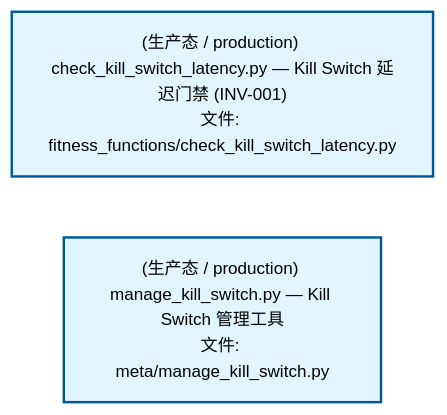
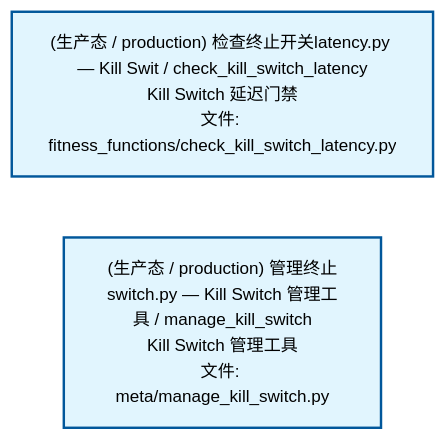
One commit to xuanFelixVan/ZephyrAlpha changed the second of 3 diagrams in docs/02_enterprise_architecture/02_domain_architecture_docs/34_d_autonomy_perm.md. Above: the diagram before and after it, drawn with Mermaid. The commit also changed other lines of this file and 60 other files, not shown here.

````diff
--- a/docs/02_enterprise_architecture/02_domain_architecture_docs/34_d_autonomy_perm.md
+++ b/docs/02_enterprise_architecture/02_domain_architecture_docs/34_d_autonomy_perm.md
@@ -75,12 +75,12 @@
 ```mermaid
 %%{init: {'theme': 'base', 'themeVariables': {'primaryColor': '#eaeaea', 'primaryTextColor': '#333333', 'primaryBorderColor': '#666666', 'lineColor': '#666666', 'secondaryColor': '#eaeaea', 'tertiaryColor': '#eaeaea', 'fontSize': '14px'}}}%%
 flowchart TD
-    scripts_arch_guard_fitness_functions_check_kill_switch_latency_py["(生产态 / production) check_kill_switch_latency.py — Kill Switch 延迟门禁 (INV-001)<br/>文件: fitness_functions/check_kill_switch_latency.py"]
-    scripts_governance_meta_manage_kill_switch_py["(生产态 / production) manage_kill_switch.py — Kill Switch 管理工具<br/>文件: meta/manage_kill_switch.py"]
+    scripts_arch_guard_fitness_functions_check_kill_switch_latency_py["(生产态 / production) 检查终止开关latency.py — Kill Swit / check_kill_switch_latency<br/>Kill Switch 延迟门禁<br/>文件: fitness_functions/check_kill_switch_latency.py"]
+    scripts_governance_meta_manage_kill_switch_py["(生产态 / production) 管理终止switch.py — Kill Switch 管理工具 / manage_kill_switch<br/>Kill Switch 管理工具<br/>文件: meta/manage_kill_switch.py"]
     scripts_arch_guard_fitness_functions_check_kill_switch_latency_py ~~~ scripts_governance_meta_manage_kill_switch_py
     classDef production fill:#e1f5fe,stroke:#01579b,stroke-width:2px,color:#000
     classDef design fill:#fff3e0,stroke:#e65100,stroke-width:2px,color:#000,stroke-dasharray: 5 5
     classDef external_prod fill:#e8f4fd,stroke:#0277bd,stroke-width:1px,color:#000
     classDef external_design fill:#fff8e7,stroke:#ef6c00,stroke-width:1px,color:#000,stroke-dasharray: 5 5
     class scripts_arch_guard_fitness_functions_check_kill_switch_latency_py,scripts_governance_meta_manage_kill_switch_py production
 ```
````
